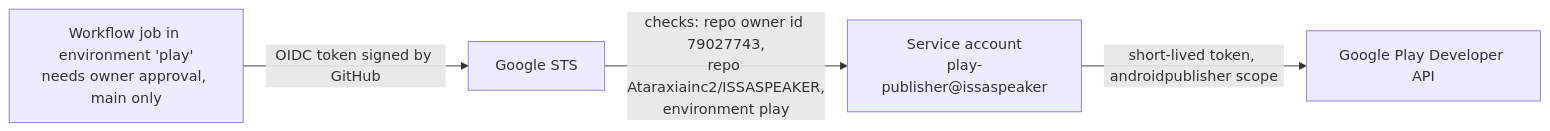
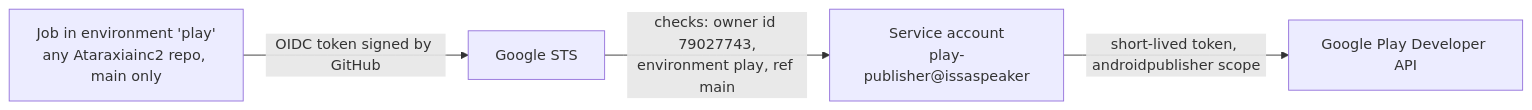
The diagram in docs/design/PLAY-PUBLISHING.md (Ataraxiainc2/ISSASPEAKER), drawn with Mermaid before and after one commit. The commit also changed other lines of this file and 7 other files, not shown here.

First line of the commit message:
Google Play access for every repository of the account, keyless

````diff
--- a/docs/design/PLAY-PUBLISHING.md
+++ b/docs/design/PLAY-PUBLISHING.md
@@ -7,6 +8,6 @@
 ```mermaid
 flowchart LR
-    A[Workflow job in environment 'play'<br/>needs owner approval, main only] -->|OIDC token signed by GitHub| B[Google STS]
-    B -->|checks: repo owner id 79027743,<br/>repo Ataraxiainc2/ISSASPEAKER,<br/>environment play| C[Service account<br/>play-publisher@issaspeaker]
+    A[Job in environment 'play'<br/>any Ataraxiainc2 repo, main only] -->|OIDC token signed by GitHub| B[Google STS]
+    B -->|checks: owner id 79027743,<br/>environment play, ref main| C[Service account<br/>play-publisher@issaspeaker]
     C -->|short-lived token, androidpublisher scope| D[Google Play Developer API]
 ```
````
